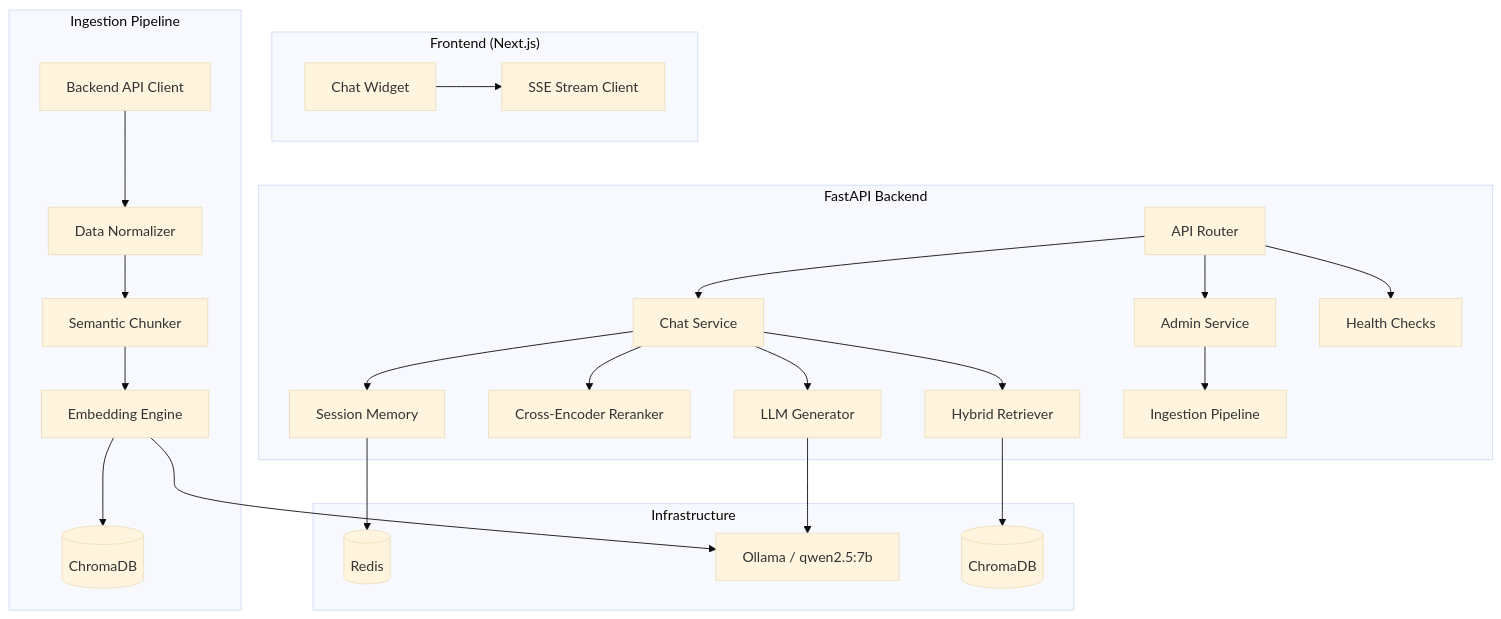
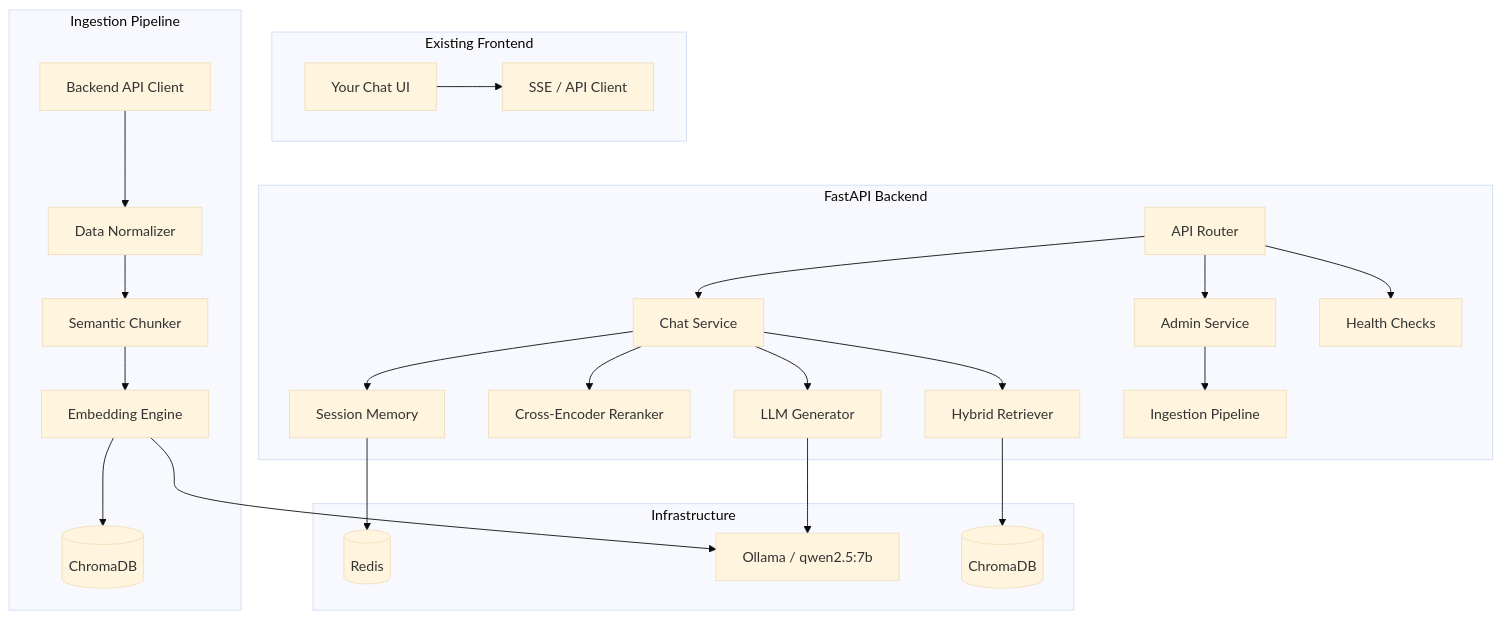
One commit to Nk-stha/entrance-chatbot changed the diagram in PRODUCTION_RAG_CHATBOT_PLAN.md. Above: the diagram before and after it, drawn with Mermaid (base theme). The commit also changed other lines of this file and 2 other files, not shown here.

Commit message:
docs: refocus the RAG planning docs on a backend-only chatbot for an existing frontend by removing new Next.js build scope and frontend container details, and add a Spring knowledge-source API catalog plus

````diff
--- a/PRODUCTION_RAG_CHATBOT_PLAN.md
+++ b/PRODUCTION_RAG_CHATBOT_PLAN.md
@@ -117,35 +118,35 @@
 ```mermaid
 graph TB
-    subgraph Frontend["Frontend (Next.js)"]
-        UI[Chat Widget] --> SSE[SSE Stream Client]
+    subgraph Frontend["Existing Frontend"]
+        UI[Your Chat UI] --> SSE[SSE / API Client]
     end
 
     subgraph API["FastAPI Backend"]
         Router[API Router] --> ChatSvc[Chat Service]
         Router --> AdminSvc[Admin Service]
         Router --> HealthSvc[Health Checks]
         ChatSvc --> Retriever[Hybrid Retriever]
         ChatSvc --> Reranker[Cross-Encoder Reranker]
         ChatSvc --> Generator[LLM Generator]
         ChatSvc --> Memory[Session Memory]
         AdminSvc --> Ingestor[Ingestion Pipeline]
     end
 
     subgraph Ingestion["Ingestion Pipeline"]
         APIClient[Backend API Client] --> Normalizer[Data Normalizer]
         Normalizer --> Chunker[Semantic Chunker]
         Chunker --> Embedder[Embedding Engine]
         Embedder --> VectorDB[(ChromaDB)]
     end
 
     subgraph Infra["Infrastructure"]
         Redis[(Redis)]
         Ollama[Ollama / qwen2.5:7b]
         ChromaDB[(ChromaDB)]
     end
 
     Memory --> Redis
     Generator --> Ollama
     Retriever --> ChromaDB
     Embedder --> Ollama
 ```
````
